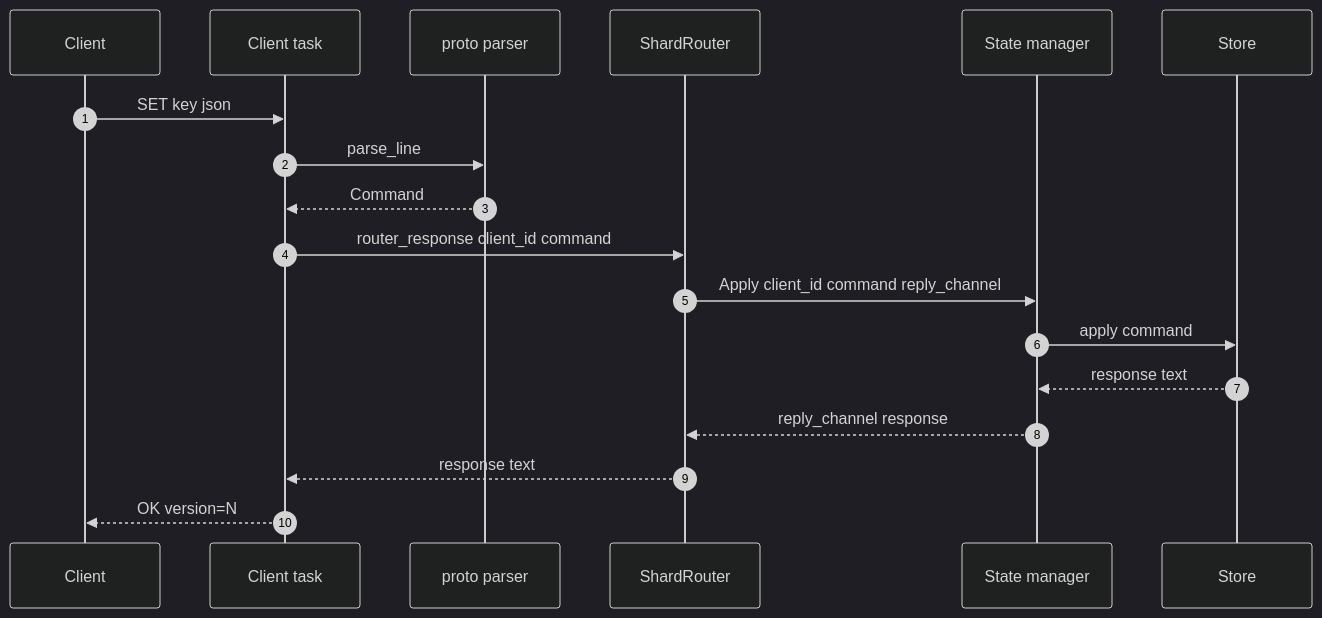
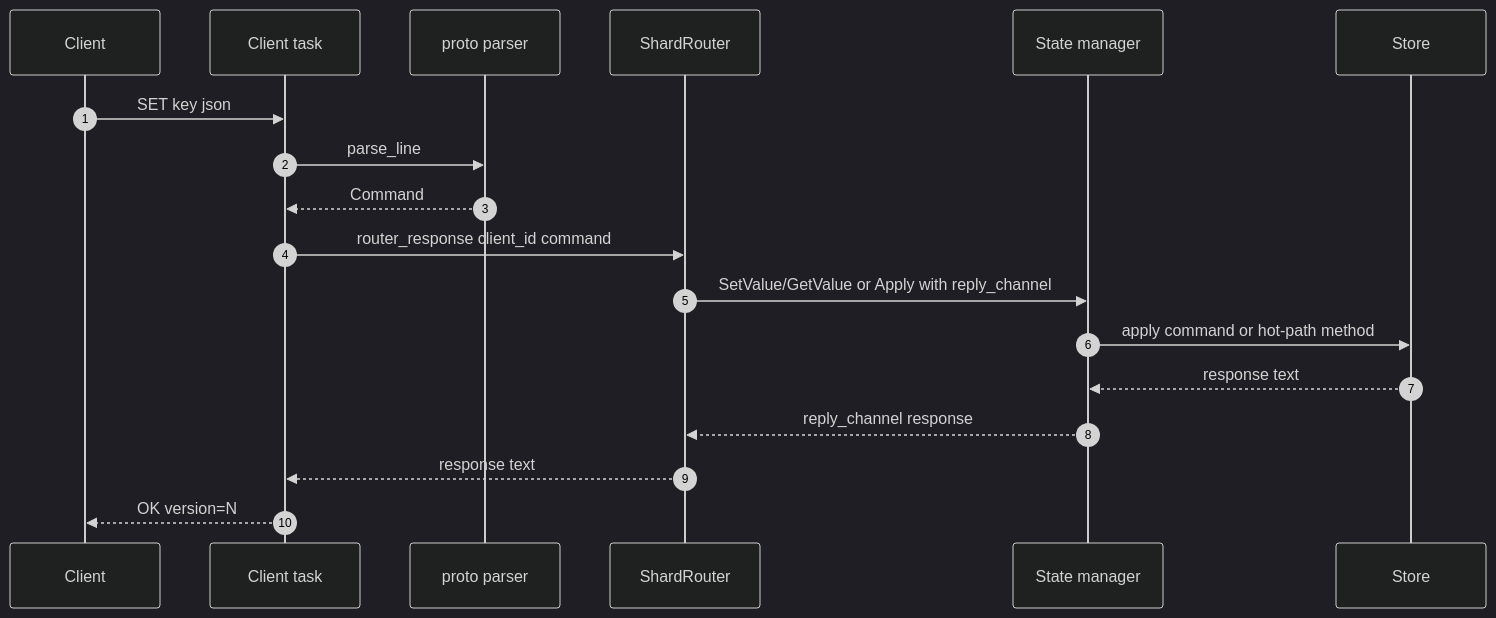
Before and after one commit to vovakirdan/surgekv: the second of 6 diagrams in ARCHITECTURE.md, drawn with Mermaid (dark theme). The commit also changed other lines of this file and 17 other files, not shown here.

First line of the commit message:
perf(server): reduce state hot path overhead

````diff
--- a/ARCHITECTURE.md
+++ b/ARCHITECTURE.md
@@ -85,21 +89,21 @@
 ```mermaid
 sequenceDiagram
     autonumber
     participant Client
     participant Worker as Client task
     participant Proto as proto parser
     participant Router as ShardRouter
     participant Manager as State manager
     participant Store
 
     Client->>Worker: SET key json
     Worker->>Proto: parse_line
     Proto-->>Worker: Command
     Worker->>Router: router_response client_id command
-    Router->>Manager: Apply client_id command reply_channel
-    Manager->>Store: apply command
+    Router->>Manager: SetValue/GetValue or Apply with reply_channel
+    Manager->>Store: apply command or hot-path method
     Store-->>Manager: response text
     Manager-->>Router: reply_channel response
     Router-->>Worker: response text
     Worker-->>Client: OK version=N
 ```
````
